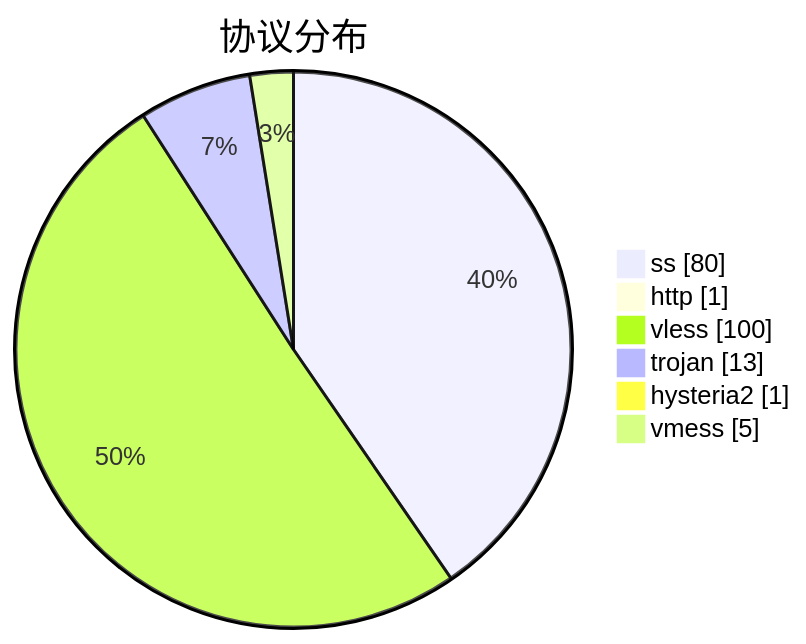
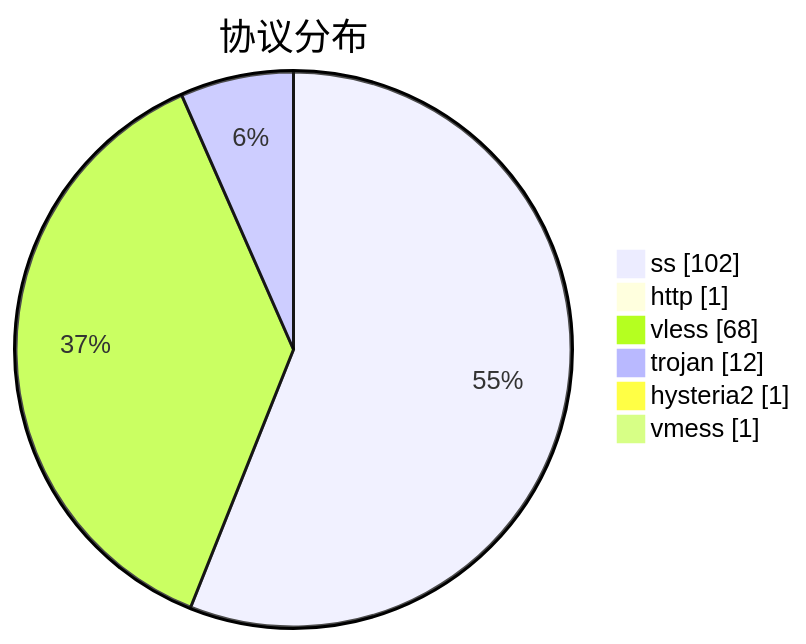
The third of 3 diagrams in subs/statistics/tested_within.md (qjlxg/airport), drawn with Mermaid before and after one commit. The commit also changed other lines of this file and 2 other files, not shown here.

````diff
--- a/subs/statistics/tested_within.md
+++ b/subs/statistics/tested_within.md
@@ -26,10 +26,10 @@
 ```mermaid
 pie showData
 title 协议分布
-"ss" : 80
+"ss" : 102
 "http" : 1
-"vless" : 100
-"trojan" : 13
+"vless" : 68
+"trojan" : 12
 "hysteria2" : 1
-"vmess" : 5
+"vmess" : 1
 ```
````
